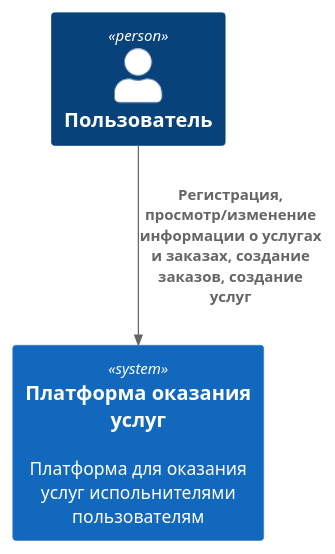
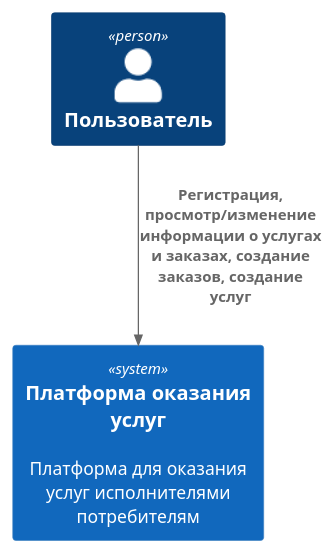
One commit to kopistas/ais-course changed the diagram in context.md. Above: the diagram before and after it, drawn with PlantUML.

````diff
--- a/context.md
+++ b/context.md
@@ -4,13 +4,13 @@
 ```plantuml
 @startuml
 !include https://raw.githubusercontent.com/plantuml-stdlib/C4-PlantUML/master/C4_Container.puml
 
 Person(user, "Пользователь")
 
-System(services_platform, "Платформа оказания услуг", "Платформа для оказания услуг испольнителями пользователям")
+System(services_platform, "Платформа оказания услуг", "Платформа для оказания услуг исполнителями потребителям")
 
 Rel(user, services_platform, "Регистрация, просмотр/изменение информации о услугах и заказах, создание заказов, создание услуг")
 
 
 @enduml
 ```
````
